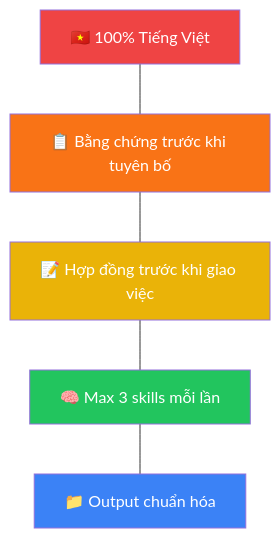
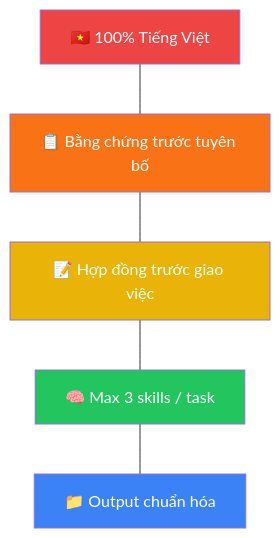
The tenth of 10 diagrams in README.md (xaotiensinh-abm/abm-workforce), drawn with Mermaid before and after one commit. The commit also changed other lines of this file and 65 other files, not shown here.

````diff
--- a/README.md
+++ b/README.md
@@ -503,16 +474,16 @@
 ```mermaid
 graph TB
     R1["🇻🇳 100% Tiếng Việt"]
-    R2["📋 Bằng chứng trước khi tuyên bố"]
-    R3["📝 Hợp đồng trước khi giao việc"]
-    R4["🧠 Max 3 skills mỗi lần"]
+    R2["📋 Bằng chứng trước tuyên bố"]
+    R3["📝 Hợp đồng trước giao việc"]
+    R4["🧠 Max 3 skills / task"]
     R5["📁 Output chuẩn hóa"]
 
     R1 --- R2 --- R3 --- R4 --- R5
 
     style R1 fill:#ef4444,color:#fff
     style R2 fill:#f97316,color:#fff
     style R3 fill:#eab308,color:#fff
     style R4 fill:#22c55e,color:#fff
     style R5 fill:#3b82f6,color:#fff
 ```
````
